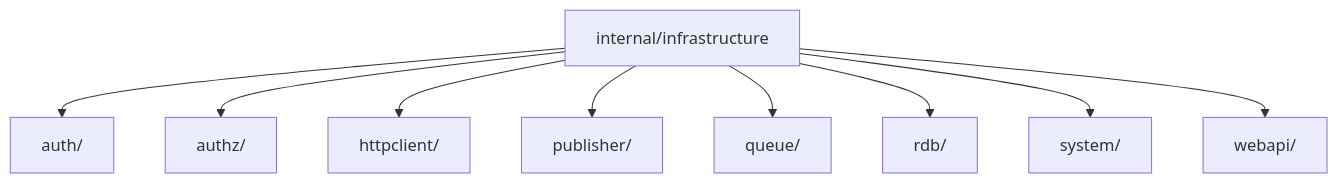
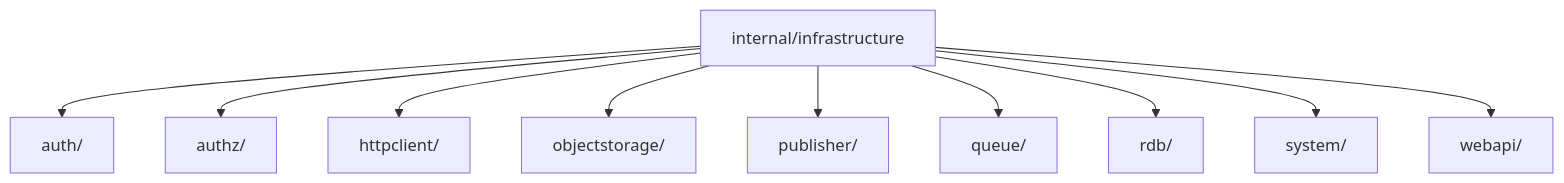
The fourth of 5 diagrams in internal/infrastructure/README.md (Tomy-ch/go-boilerplate), drawn with Mermaid before and after one commit. The commit also changed other lines of this file and 1 other file, not shown here.

Commit message:
Docs: objectstorage を boundary/infrastructure の README に登録
新規追加した object storage の境界・実装が正典 README のパッケージ一覧に
未登録だったため追記する。

- boundary/README: Package List と Details に objectstorage(Storage) を追加
- infrastructure/README: Directory Structure と Subdirectories に
  objectstorage/ を追加

````diff
--- a/internal/infrastructure/README.md
+++ b/internal/infrastructure/README.md
@@ -105,21 +105,23 @@
 ```mermaid
 flowchart TB
     Root["internal/infrastructure"]
     Auth["auth/"]
     Authz["authz/"]
     HTTP["httpclient/"]
+    ObjStorage["objectstorage/"]
     Pub["publisher/"]
     Queue["queue/"]
     RDB["rdb/"]
     Sys["system/"]
     Web["webapi/"]
 
     Root --> Auth
     Root --> Authz
     Root --> HTTP
+    Root --> ObjStorage
     Root --> Pub
     Root --> Queue
     Root --> RDB
     Root --> Sys
     Root --> Web
 ```
````
